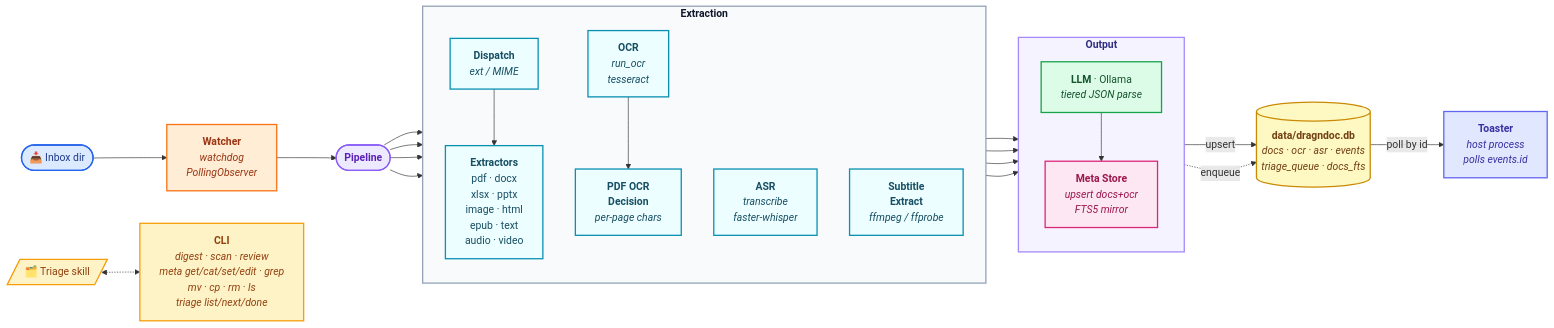
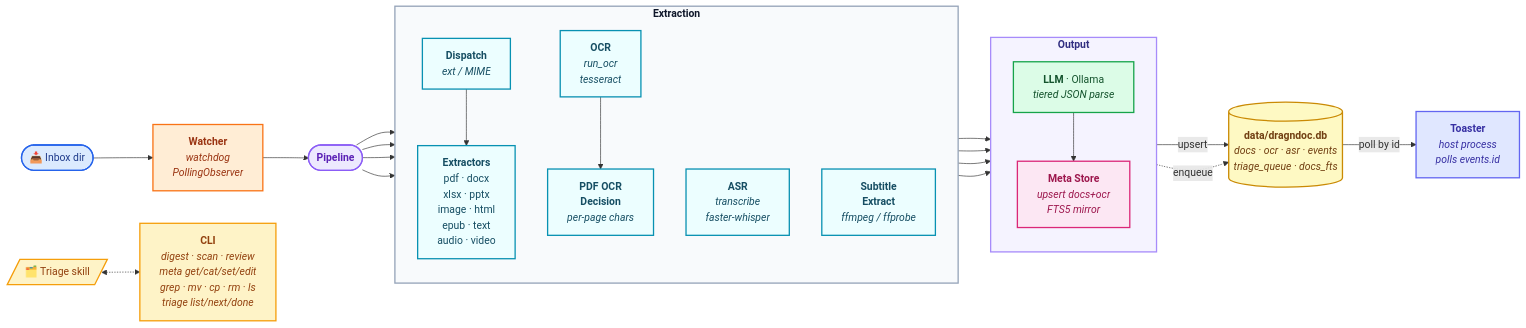
Before and after one commit to talraveh1/automafile: the diagram in architecture.md, drawn with Mermaid.

Commit message:
Rewrap the architecture diagram's CLI node
Move "grep" onto the mv/cp/rm/ls line so the meta line doesn't run wide
in the rendered Mermaid output.

````diff
--- a/architecture.md
+++ b/architecture.md
@@ -3,51 +3,51 @@
 ```mermaid
 flowchart LR
    inbox(["📥 Inbox dir"]):::source
    watcher["<b>Watcher</b><br/><i>watchdog<br/>PollingObserver</i>"]:::watch
    pipeline(["<b>Pipeline</b>"]):::core
 
    subgraph extract ["<b>Extraction</b>"]
       direction TB
       dispatch["<b>Dispatch</b><br/><i>ext / MIME</i>"]:::stage
       extractors["<b>Extractors</b><br/>pdf · docx<br/>xlsx · pptx<br/>image · html<br/>epub · text<br/>audio · video"]:::stage
       ocr["<b>OCR</b><br/><i>run_ocr<br/>tesseract</i>"]:::stage
       ocr_decision["<b>PDF OCR<br/>Decision</b><br/><i>per-page chars</i>"]:::stage
       asr["<b>ASR</b><br/><i>transcribe<br/>faster-whisper</i>"]:::stage
       subs["<b>Subtitle<br/>Extract</b><br/><i>ffmpeg / ffprobe</i>"]:::stage
    end
 
    subgraph output ["<b>Output</b>"]
       direction TB
       llm["<b>LLM</b> · Ollama<br/><i>tiered JSON parse</i>"]:::ai
       writers["<b>Meta Store</b><br/><i>upsert docs+ocr<br/>FTS5 mirror</i>"]:::write
    end
 
    db[("<b>data/dragndoc.db</b><br/><i>docs · ocr · asr · events<br/>triage_queue · docs_fts</i>")]:::journal
    toaster["<b>Toaster</b><br/><i>host process<br/>polls events.id</i>"]:::notify
 
-   cli["<b>CLI</b><br/><i>digest · scan · review<br/>meta get/cat/set/edit · grep<br/>mv · cp · rm · ls<br/>triage list/next/done</i>"]:::tool
+   cli["<b>CLI</b><br/><i>digest · scan · review<br/>meta get/cat/set/edit<br/>grep · mv · cp · rm · ls<br/>triage list/next/done</i>"]:::tool
    triage[/"🗂️ Triage skill"/]:::tool
 
    inbox --> watcher --> pipeline
    pipeline --> dispatch --> extractors --> output
    pipeline --> ocr --> ocr_decision --> output
    pipeline --> asr --> output
    pipeline --> subs --> output
    llm --> writers
    writers -->|upsert| db
    writers -.->|enqueue| db
    db -->|poll by id| toaster
    triage <-.-> cli
    style extract fill:#f8fafc,stroke:#94a3b8,stroke-width:2px,color:#0f172a
    style output fill:#f5f3ff,stroke:#a78bfa,stroke-width:2px,color:#312e81
 
    classDef source  fill:#dbeafe,stroke:#2563eb,stroke-width:2px,color:#1e3a8a
    classDef watch   fill:#ffedd5,stroke:#f97316,stroke-width:2px,color:#9a3412
    classDef core    fill:#ede9fe,stroke:#8b5cf6,stroke-width:2px,color:#5b21b6
    classDef stage   fill:#ecfeff,stroke:#0891b2,stroke-width:2px,color:#164e63
    classDef ai      fill:#dcfce7,stroke:#16a34a,stroke-width:2px,color:#14532d
    classDef write   fill:#fce7f3,stroke:#db2777,stroke-width:2px,color:#9d174d
    classDef journal fill:#fef9c3,stroke:#ca8a04,stroke-width:2px,color:#713f12
    classDef notify  fill:#e0e7ff,stroke:#6366f1,stroke-width:2px,color:#3730a3
    classDef tool    fill:#fef3c7,stroke:#f59e0b,stroke-width:2px,color:#92400e
 ```
````
